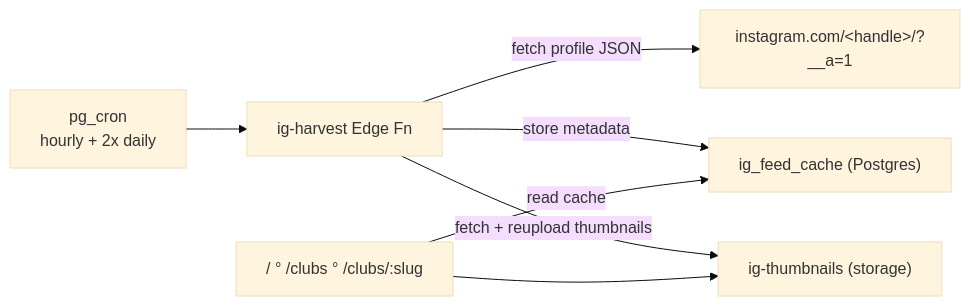
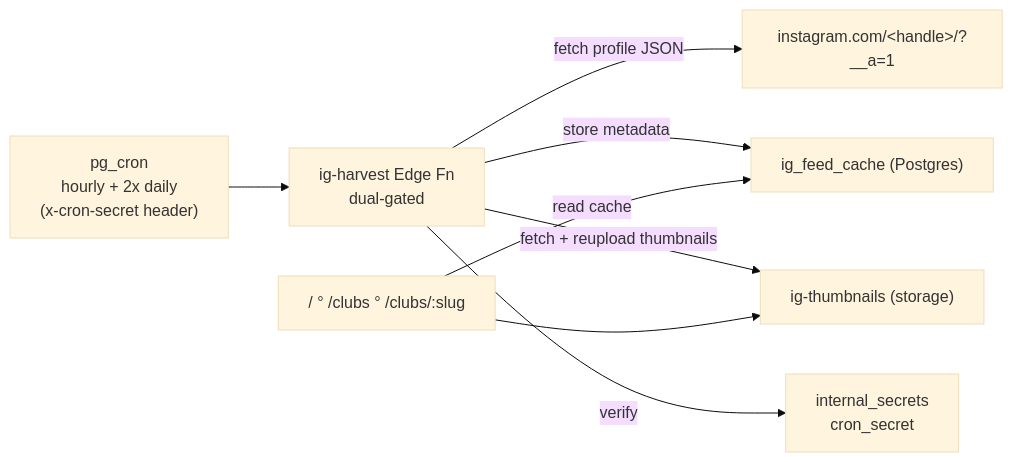
One commit to cuvetsmo/docs changed the third of 3 diagrams in src/content/docs/architecture.md. Above: the diagram before and after it, drawn with Mermaid (base theme). The commit also changed other lines of this file and 3 other files, not shown here.

````diff
--- a/src/content/docs/architecture.md
+++ b/src/content/docs/architecture.md
@@ -321,9 +338,10 @@
 ```mermaid
 flowchart LR
-    Cron["pg_cron<br/>hourly + 2x daily"] --> Fn["ig-harvest Edge Fn"]
+    Cron["pg_cron<br/>hourly + 2x daily<br/>(x-cron-secret header)"] --> Fn["ig-harvest Edge Fn<br/>dual-gated"]
     Fn -->|fetch profile JSON| IG["instagram.com/&lt;handle&gt;/?__a=1"]
     Fn -->|store metadata| Cache["ig_feed_cache (Postgres)"]
     Fn -->|fetch + reupload thumbnails| Bucket["ig-thumbnails (storage)"]
+    Fn -->|verify| Secret["internal_secrets<br/>cron_secret"]
     SPA["/ ° /clubs ° /clubs/:slug"] -->|read cache| Cache
     SPA --> Bucket
 ```
````
